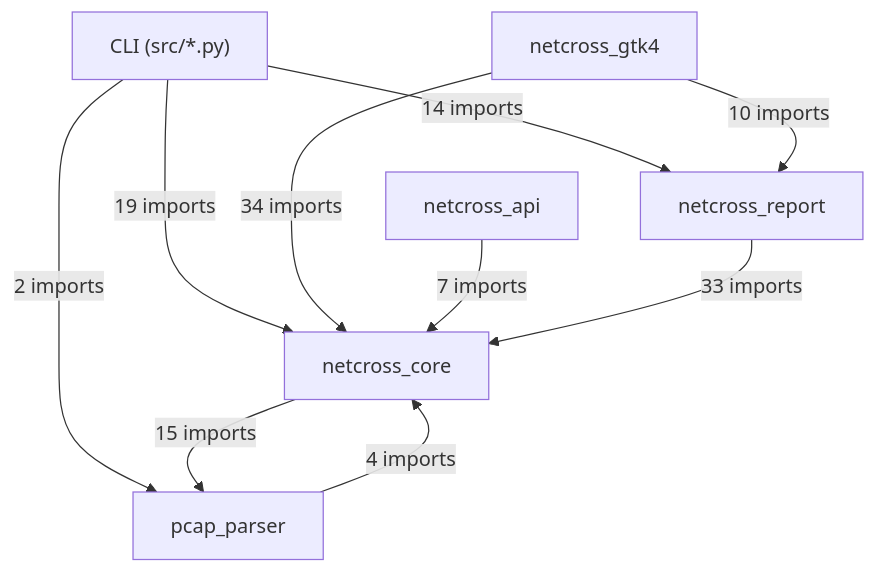
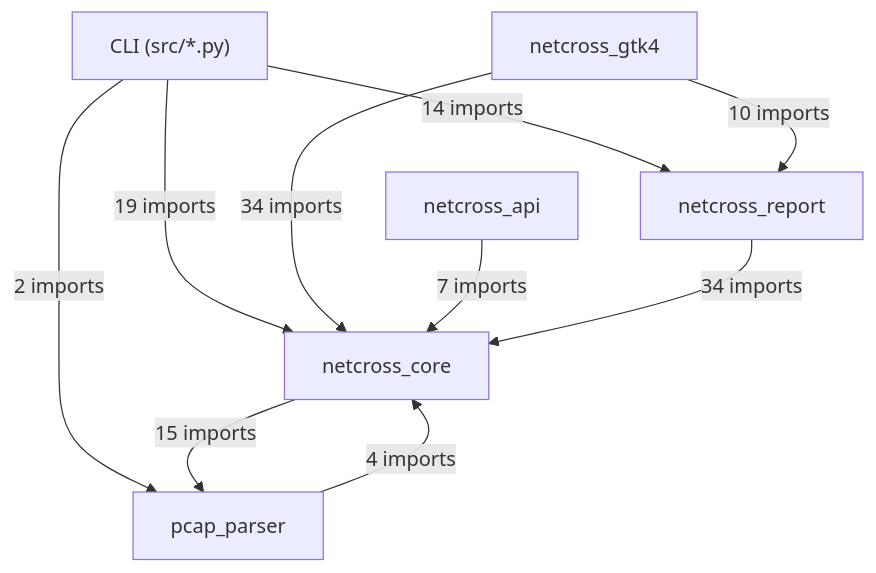
Before and after one commit to MathildeDec/Netcross: the first of 16 diagrams in docs/class-diagram.md, drawn with Mermaid. The commit also changed 1 other file, not shown here.

Commit message:
feat(#299): câblage _() dans security_html.py
Import i18n.setup_gettext('netcross-report') dans security_html.py.
Chaînes wrappées : titres de sections (Tableau de bord, Services,
Tentatives, Anomalies, CVE), en-têtes de tables, cartes du
dashboard, messages 'aucun...', badge 'aucune CVE connue'.

3167 tests passent.

````diff
--- a/docs/class-diagram.md
+++ b/docs/class-diagram.md
@@ -26,18 +26,18 @@
 ```mermaid
 flowchart TD
     CLI["CLI (src/*.py)"]
     netcross_gtk4["netcross_gtk4"]
     netcross_api["netcross_api"]
     netcross_report["netcross_report"]
     netcross_core["netcross_core"]
     pcap_parser["pcap_parser"]
     CLI -->|"14 imports"| netcross_report
     CLI -->|"19 imports"| netcross_core
     CLI -->|"2 imports"| pcap_parser
     netcross_gtk4 -->|"10 imports"| netcross_report
     netcross_gtk4 -->|"34 imports"| netcross_core
     netcross_api -->|"7 imports"| netcross_core
-    netcross_report -->|"33 imports"| netcross_core
+    netcross_report -->|"34 imports"| netcross_core
     netcross_core -->|"15 imports"| pcap_parser
     pcap_parser -->|"4 imports"| netcross_core
 ```
````
